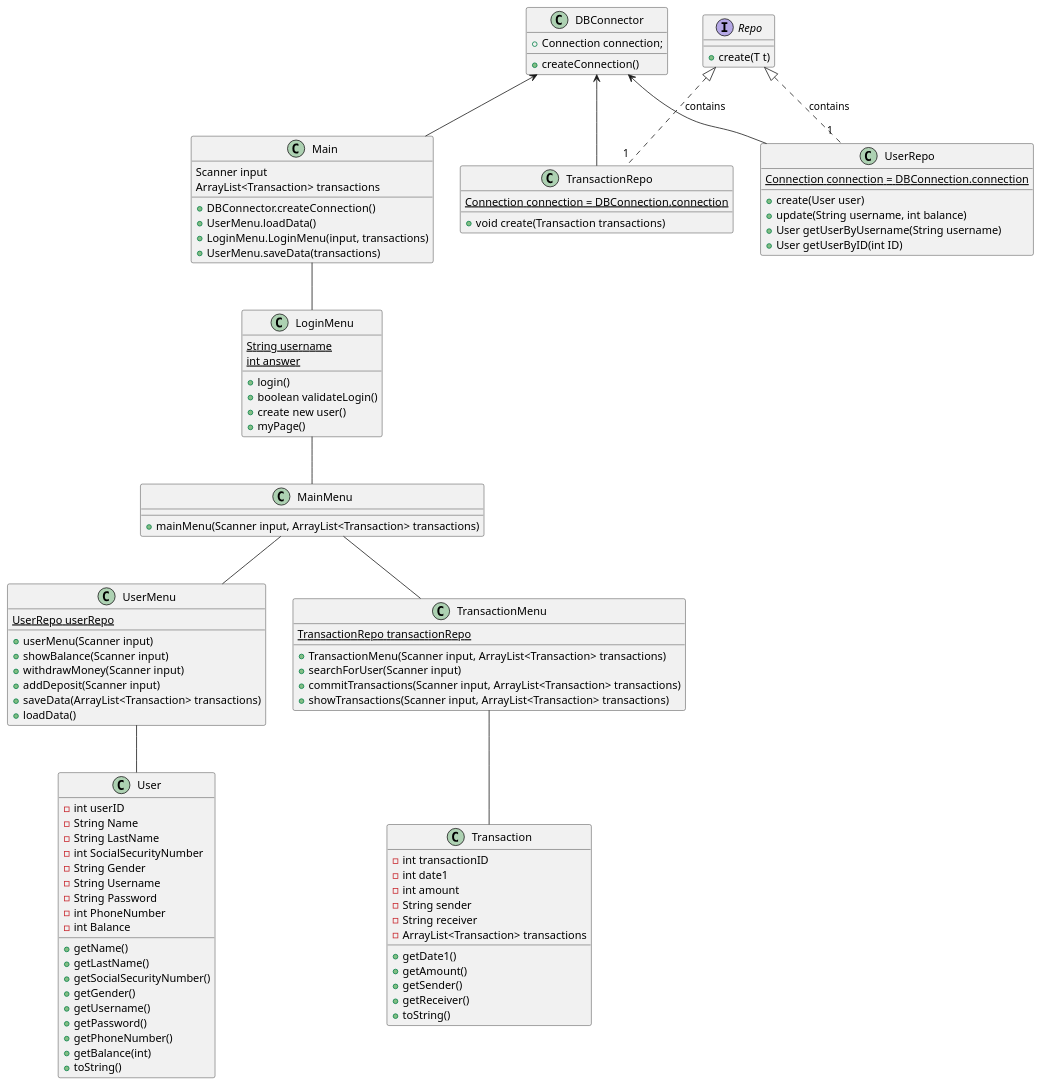
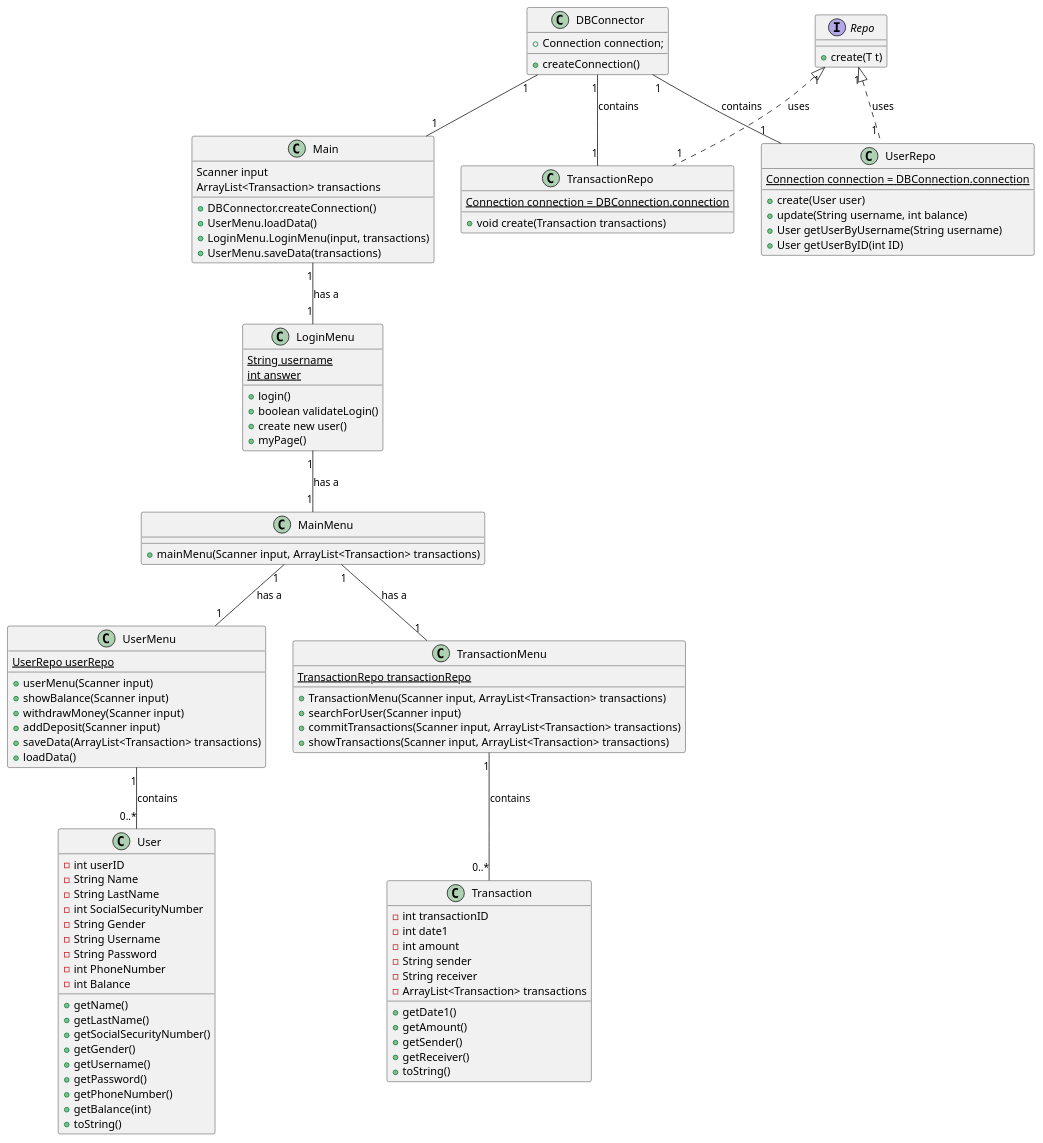
Before and after one commit to Ravnkilde1995/F22ICEPROJEKT-SWASS: the diagram in src/dokumentation/ClassDiagramTwo.puml, drawn with PlantUML. The commit also changed 4 other files, not shown here.

```diff
--- a/src/dokumentation/ClassDiagramTwo.puml
+++ b/src/dokumentation/ClassDiagramTwo.puml
@@ -1,121 +1,132 @@
 @startuml
 
-DBConnector <-- Main
-Main -- LoginMenu
-LoginMenu -- MainMenu
-MainMenu -- UserMenu
-MainMenu -- TransactionMenu
-UserMenu -- User
-TransactionMenu -- Transaction
-Repo <|.. "1 " UserRepo : contains
-Repo <|.."1 " TransactionRepo : contains
-DBConnector <-- UserRepo
-DBConnector <-- TransactionRepo
+DBConnector "1" -- "1" Main
+Main "1" -- "1" LoginMenu : has a
+LoginMenu "1" -- "1" MainMenu : has a
+MainMenu "1" -- "1" UserMenu : has a
+MainMenu "1" -- "1" TransactionMenu : has a
+UserMenu "1" -- "0..*" User : contains
+TransactionMenu "1" -- "0..*" Transaction : contains
+Repo "1" <|.. "1 " UserRepo : uses
+Repo "1" <|.."1 " TransactionRepo : uses
+DBConnector "1" -- "1 " UserRepo : contains
+DBConnector "1" -- "1" TransactionRepo : contains
 
 class DBConnector {
 + Connection connection;
 + createConnection()
+
 }
 
 class LoginMenu{
  {static} String username
  {static} int answer
 
 + login()
 + boolean validateLogin()
 + create new user()
 + myPage()
 
 }
 
 class Main{
 Scanner input
 ArrayList<Transaction> transactions
 
 + DBConnector.createConnection()
 + UserMenu.loadData()
 + LoginMenu.LoginMenu(input, transactions)
 + UserMenu.saveData(transactions)
+
 }
 
 class MainMenu {
 + mainMenu(Scanner input, ArrayList<Transaction> transactions)
+
 }
 
 class UserMenu{
 {static} UserRepo userRepo
 
 + userMenu(Scanner input)
 + showBalance(Scanner input)
 + withdrawMoney(Scanner input)
 + addDeposit(Scanner input)
 + saveData(ArrayList<Transaction> transactions)
 + loadData()
+
 }
 
 class TransactionMenu{
 {static} TransactionRepo transactionRepo
 
 + TransactionMenu(Scanner input, ArrayList<Transaction> transactions)
 + searchForUser(Scanner input)
 + commitTransactions(Scanner input, ArrayList<Transaction> transactions)
 + showTransactions(Scanner input, ArrayList<Transaction> transactions)
+
 }
 
 class User{
 - int userID
 - String Name
 - String LastName
 - int SocialSecurityNumber
 - String Gender
 - String Username
 - String Password
 - int PhoneNumber
 - int Balance
 
 + getName()
 + getLastName()
 + getSocialSecurityNumber()
 + getGender()
 + getUsername()
 + getPassword()
 + getPhoneNumber()
 + getBalance(int)
 + toString()
+
 }
+
 class Transaction {
 - int transactionID
 - int date1
 - int amount
 - String sender
 - String receiver
 - ArrayList<Transaction> transactions
 
 
 + getDate1()
 + getAmount()
 + getSender()
 + getReceiver()
 + toString()
+
 }
 
 interface Repo {
 + create(T t)
+
 }
 
 class UserRepo {
 {static} Connection connection = DBConnection.connection
 
 + create(User user)
 + update(String username, int balance)
 + User getUserByUsername(String username)
 + User getUserByID(int ID)
 
 }
+
 class TransactionRepo {
 {static} Connection connection = DBConnection.connection
 
 + void create(Transaction transactions)
+
 }
 
 @enduml
```
